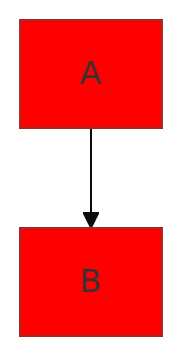
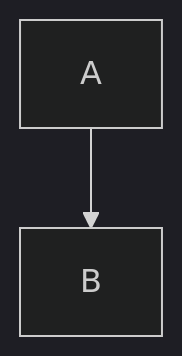
Before and after one commit to achhina/dotfiles: the fourth of 7 diagrams in nix/home-manager/modules/coding-agents/claude/skills/mermaid/references/configuration.md, drawn with Mermaid. The commit also changed other lines of this file and 12 other files, not shown here.

First line of the commit message:
refactor(claude): migrate mermaid skill to current upstream standards

````diff
--- a/nix/home-manager/modules/coding-agents/claude/skills/mermaid/references/configuration.md
+++ b/nix/home-manager/modules/coding-agents/claude/skills/mermaid/references/configuration.md
@@ -37,5 +138,5 @@
 ```mermaid
-%%{init: {'theme':'base', 'themeVariables': {'primaryColor':'#ff0000'}}}%%
+%%{init: {'theme': 'dark'}}%%
 flowchart TD
     A-->B
 ```
````
